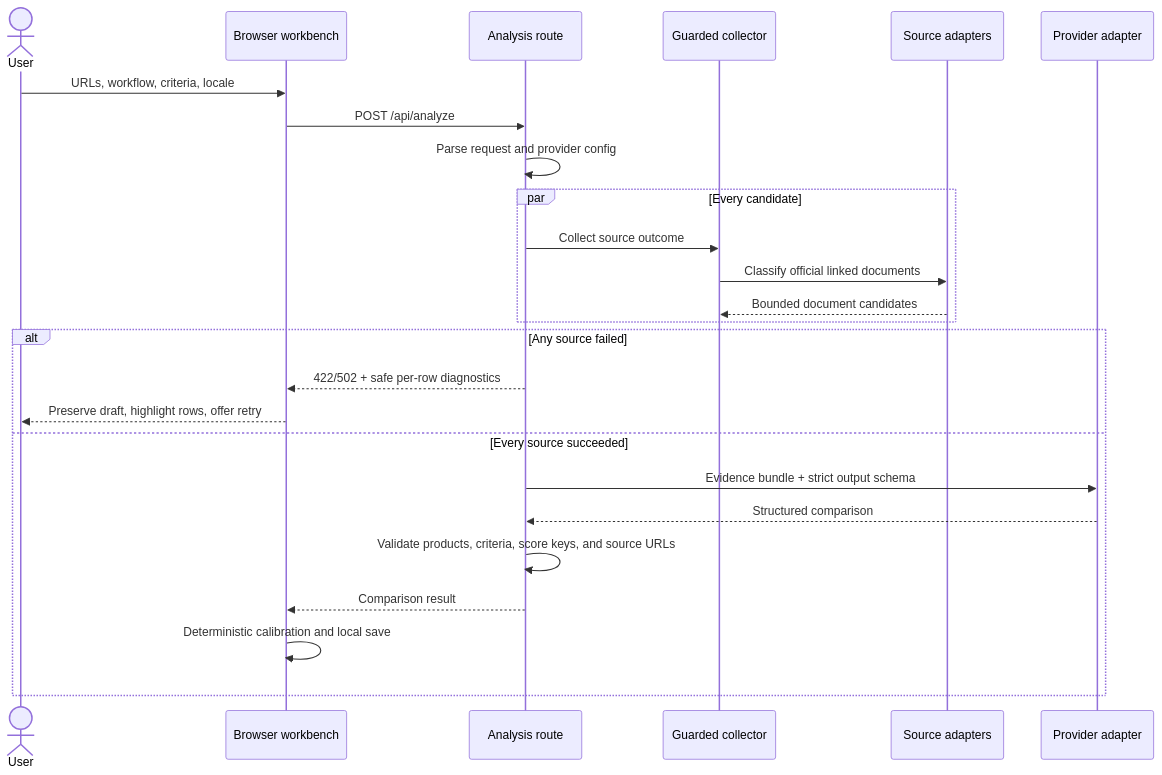
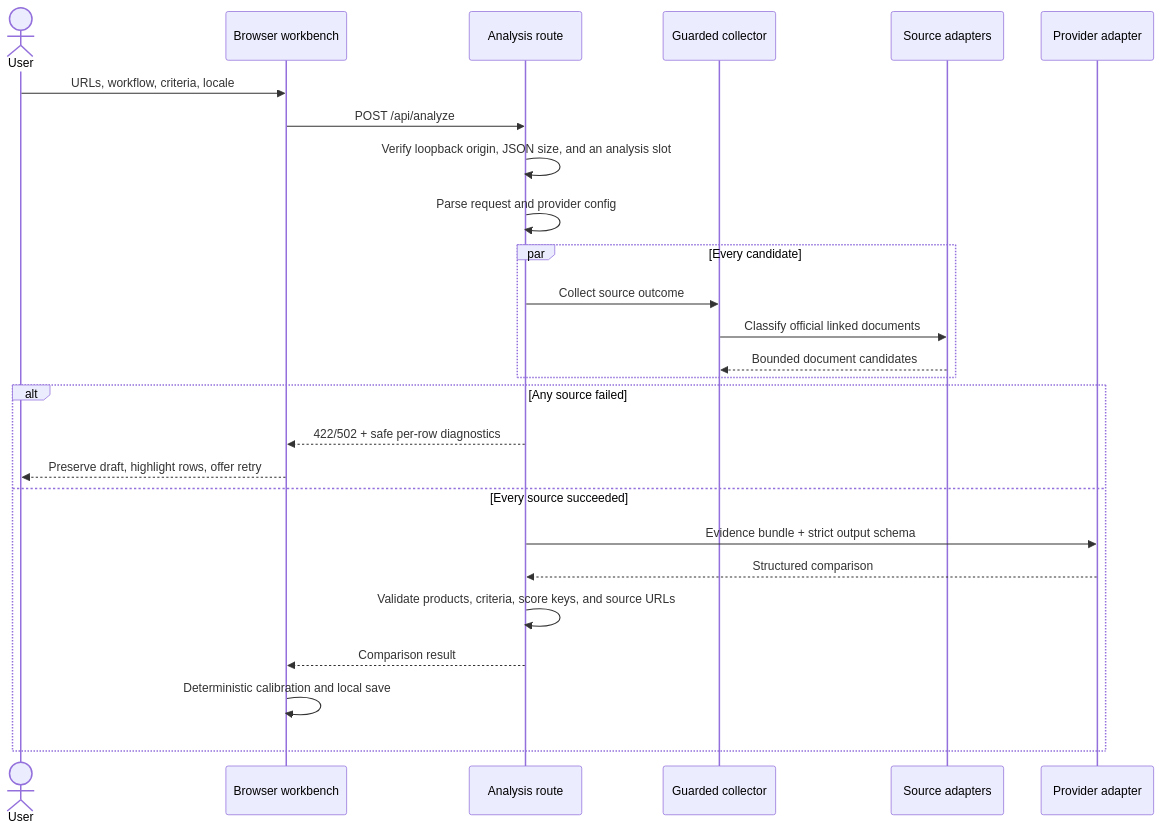
One commit to wp043/fitlens changed the first of 2 diagrams in docs/ARCHITECTURE.md. Above: the diagram before and after it, drawn with Mermaid. The commit also changed other lines of this file and 13 other files, not shown here.

````diff
--- a/docs/ARCHITECTURE.md
+++ b/docs/ARCHITECTURE.md
@@ -92,28 +94,29 @@
 ```mermaid
 sequenceDiagram
     actor User
     participant UI as Browser workbench
     participant API as Analysis route
     participant Source as Guarded collector
     participant Adapter as Source adapters
     participant Model as Provider adapter
 
     User->>UI: URLs, workflow, criteria, locale
     UI->>API: POST /api/analyze
+    API->>API: Verify loopback origin, JSON size, and an analysis slot
     API->>API: Parse request and provider config
     par Every candidate
         API->>Source: Collect source outcome
         Source->>Adapter: Classify official linked documents
         Adapter-->>Source: Bounded document candidates
     end
     alt Any source failed
         API-->>UI: 422/502 + safe per-row diagnostics
         UI-->>User: Preserve draft, highlight rows, offer retry
     else Every source succeeded
         API->>Model: Evidence bundle + strict output schema
         Model-->>API: Structured comparison
         API->>API: Validate products, criteria, score keys, and source URLs
         API-->>UI: Comparison result
         UI->>UI: Deterministic calibration and local save
     end
 ```
````
